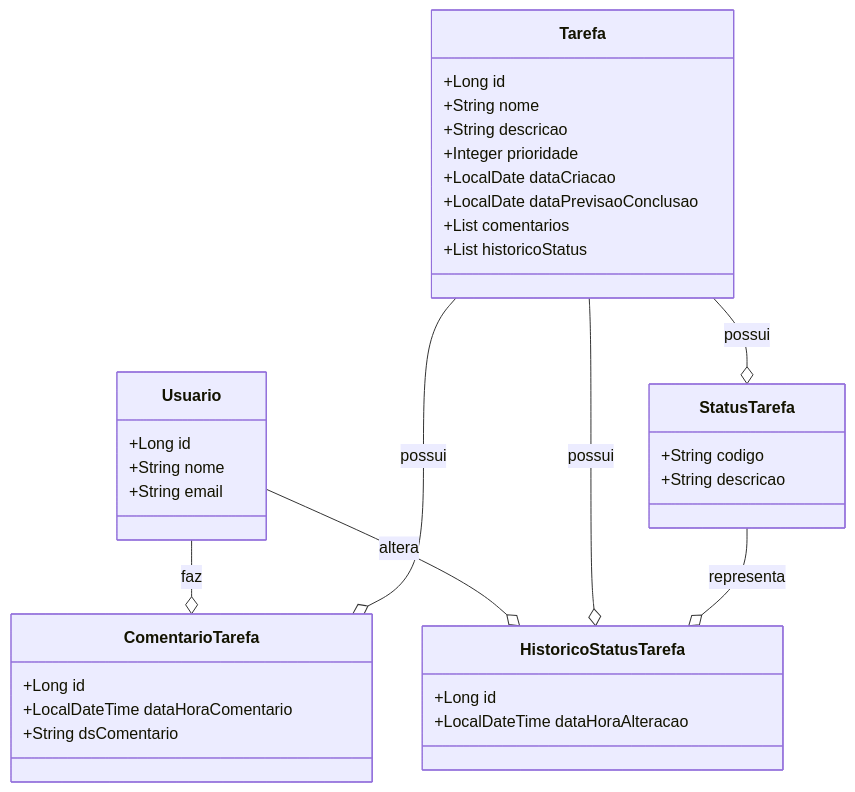
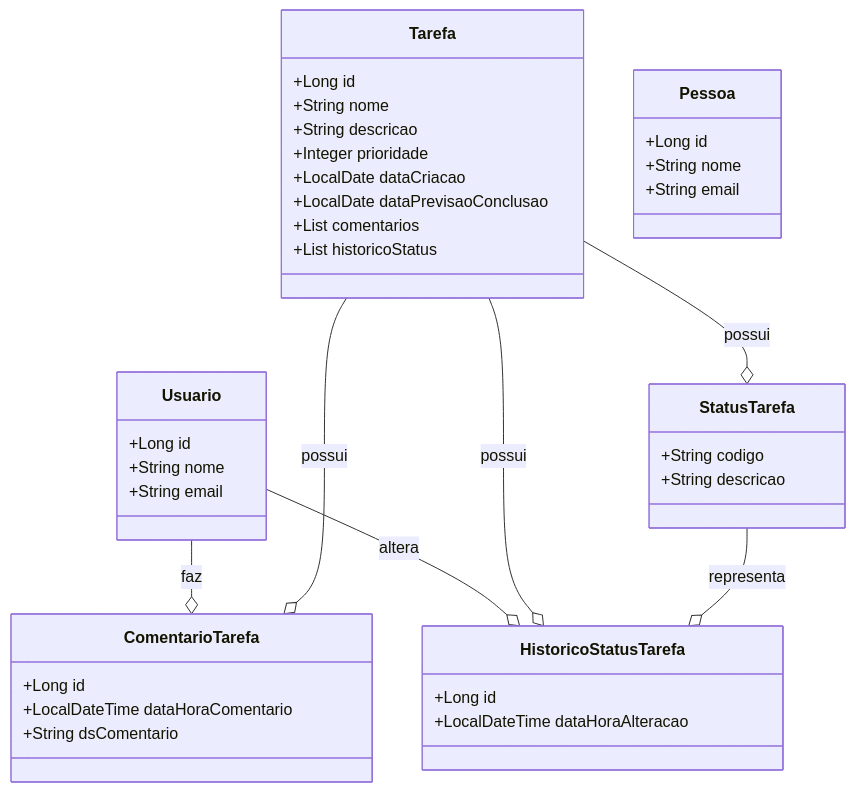
The first of 2 diagrams in src/main/resources/prompts/system-prompt.md (gustavocontabeis/sddflow-backend), drawn with Mermaid before and after one commit. The commit also changed other lines of this file and 1 other file, not shown here.

````diff
--- a/src/main/resources/prompts/system-prompt.md
+++ b/src/main/resources/prompts/system-prompt.md
@@ -142,42 +149,48 @@
 ```mermaid
 classDiagram
     class Usuario {
         +Long id
         +String nome
         +String email
     }
 
     class Tarefa {
         +Long id
         +String nome
         +String descricao
         +Integer prioridade
         +LocalDate dataCriacao
         +LocalDate dataPrevisaoConclusao
         +List<ComentarioTarefa> comentarios
         +List<HistoricoStatusTarefa> historicoStatus
     }
 
     class ComentarioTarefa {
         +Long id
         +LocalDateTime dataHoraComentario
         +String dsComentario
     }
 
     class HistoricoStatusTarefa {
         +Long id
         +LocalDateTime dataHoraAlteracao
     }
 
     class StatusTarefa {
         +String codigo
         +String descricao
     }
 
+    class Pessoa {
+        +Long id
+        +String nome
+        +String email
+    }
+
     Usuario --o ComentarioTarefa : faz
     Tarefa --o ComentarioTarefa : possui
     Usuario --o HistoricoStatusTarefa : altera
     Tarefa --o HistoricoStatusTarefa : possui
     StatusTarefa --o HistoricoStatusTarefa : representa
     Tarefa --o StatusTarefa : possui
 ```
````
